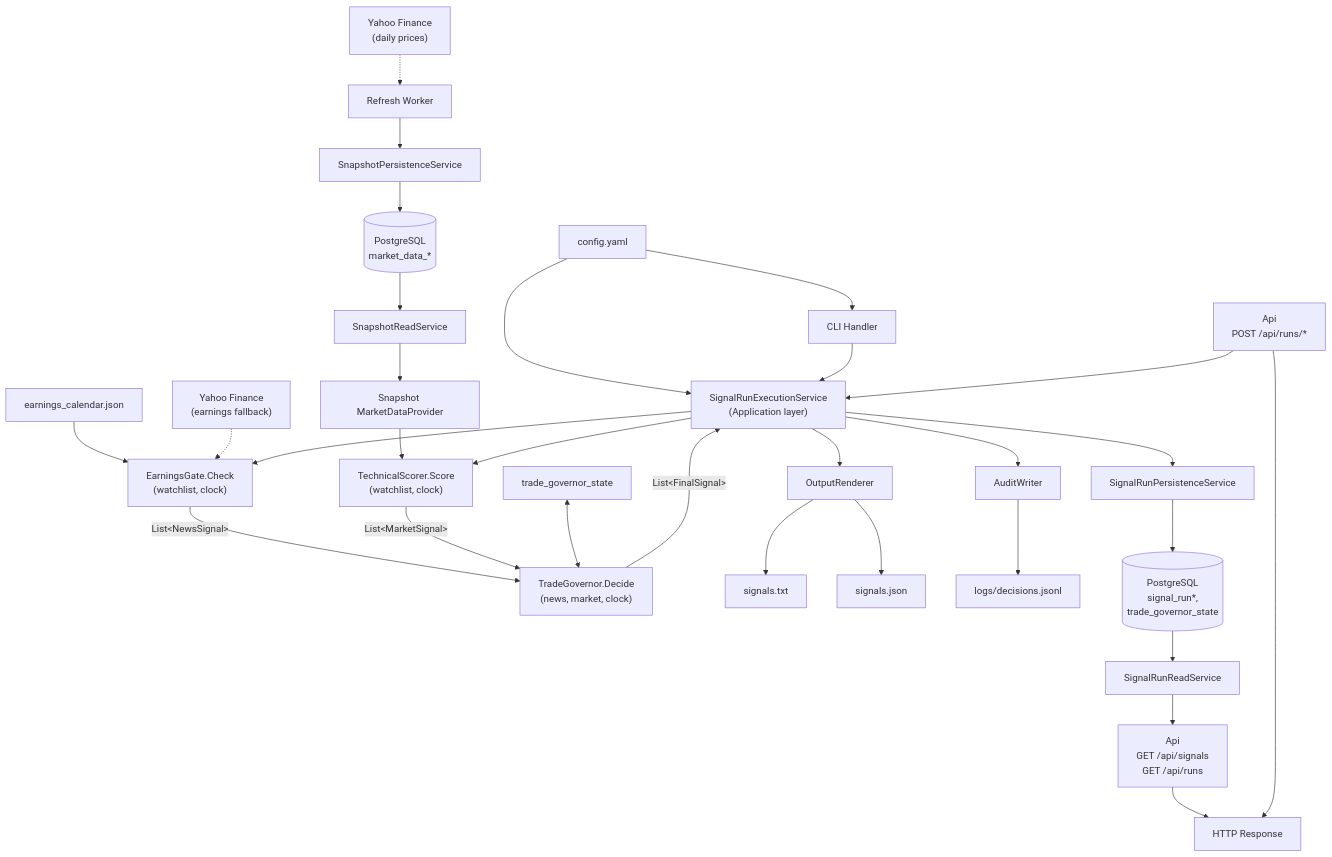
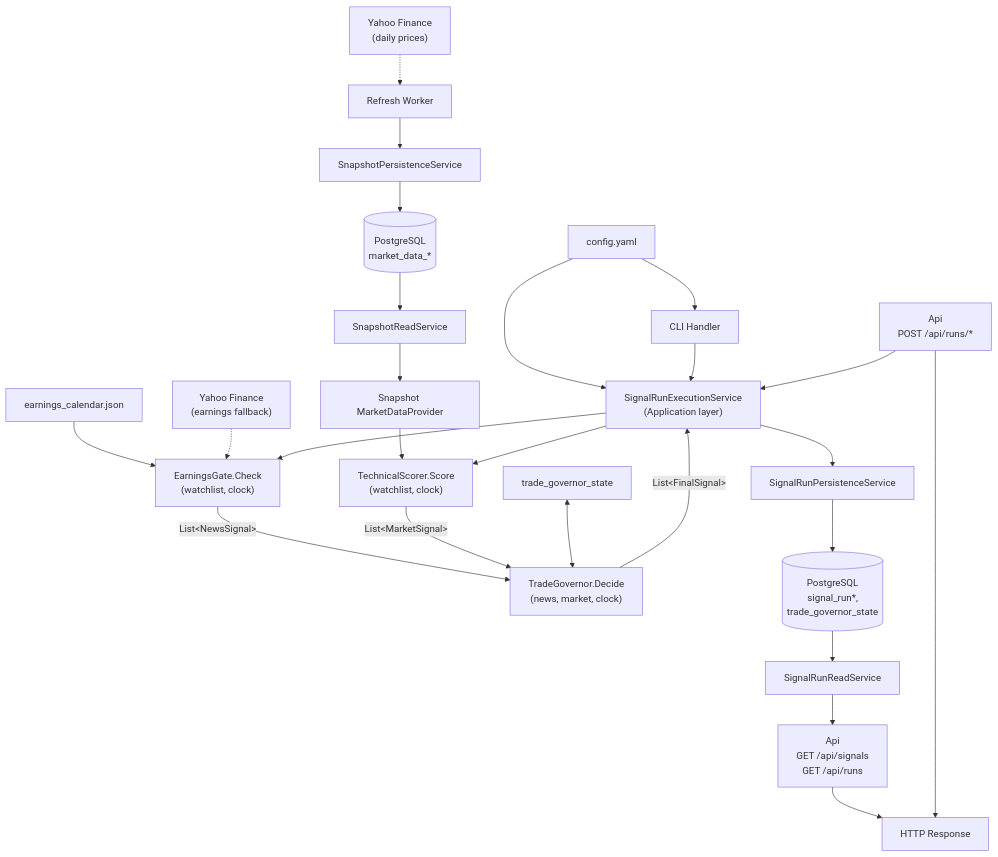
The second of 2 diagrams in docs/architecture.md (mev-tech/blowing-candles), drawn with Mermaid before and after one commit. The commit also changed other lines of this file and 18 other files, not shown here.

````diff
--- a/docs/architecture.md
+++ b/docs/architecture.md
@@ -143,40 +140,35 @@
 ```mermaid
 flowchart TD
     CONFIG["config.yaml"] --> CLI["CLI Handler"]
     CONFIG --> EXEC
     CALENDAR["earnings_calendar.json"] --> EG
     YAHOO_E["Yahoo Finance<br>(earnings fallback)"] -.-> EG
     YAHOO_P["Yahoo Finance\n(daily prices)"] -.-> REFRESH["Refresh Worker"]
     REFRESH --> PERSIST["SnapshotPersistenceService"]
     PERSIST --> PG[("PostgreSQL\nmarket_data_*")]
     PG --> READ["SnapshotReadService"]
     READ --> PROVIDER["Snapshot MarketDataProvider"]
     PROVIDER --> TS
 
     CLI --> EXEC["SignalRunExecutionService\n(Application layer)"]
     EXEC --> EG["EarningsGate.Check\n(watchlist, clock)"]
     EXEC --> TS["TechnicalScorer.Score\n(watchlist, clock)"]
 
     EG -->|"List&lt;NewsSignal&gt;"| TG["TradeGovernor.Decide\n(news, market, clock)"]
     TS -->|"List&lt;MarketSignal&gt;"| TG
 
     STATE["trade_governor_state"] <--> TG
 
     TG -->|"List&lt;FinalSignal&gt;"| EXEC
-    EXEC --> OR["OutputRenderer"]
-    EXEC --> AW["AuditWriter"]
     EXEC --> SRP["SignalRunPersistenceService"]
 
-    OR --> TXT["signals.txt"]
-    OR --> JSON["signals.json"]
-    AW --> JSONL["logs/decisions.jsonl"]
     SRP --> PG_SIG[("PostgreSQL\nsignal_run*,\ntrade_governor_state")]
 
     PG_SIG --> SRR["SignalRunReadService"]
 
     SRR --> API_READ["Api\nGET /api/signals\nGET /api/runs"]
     API_READ --> HTTP["HTTP Response"]
 
     API_WRITE["Api\nPOST /api/runs/*"] --> EXEC
     API_WRITE --> HTTP
 ```
````
